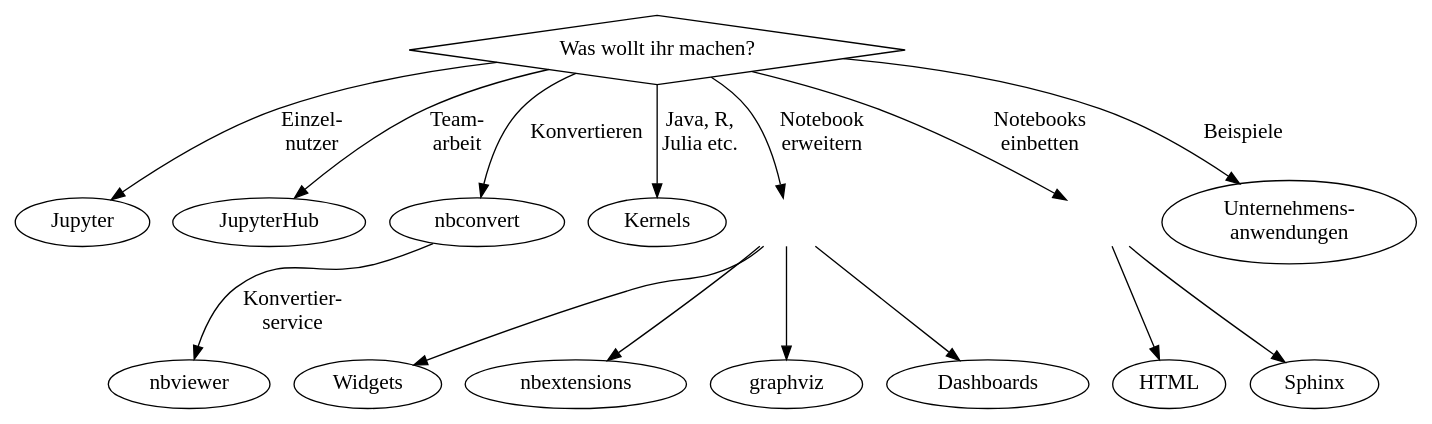
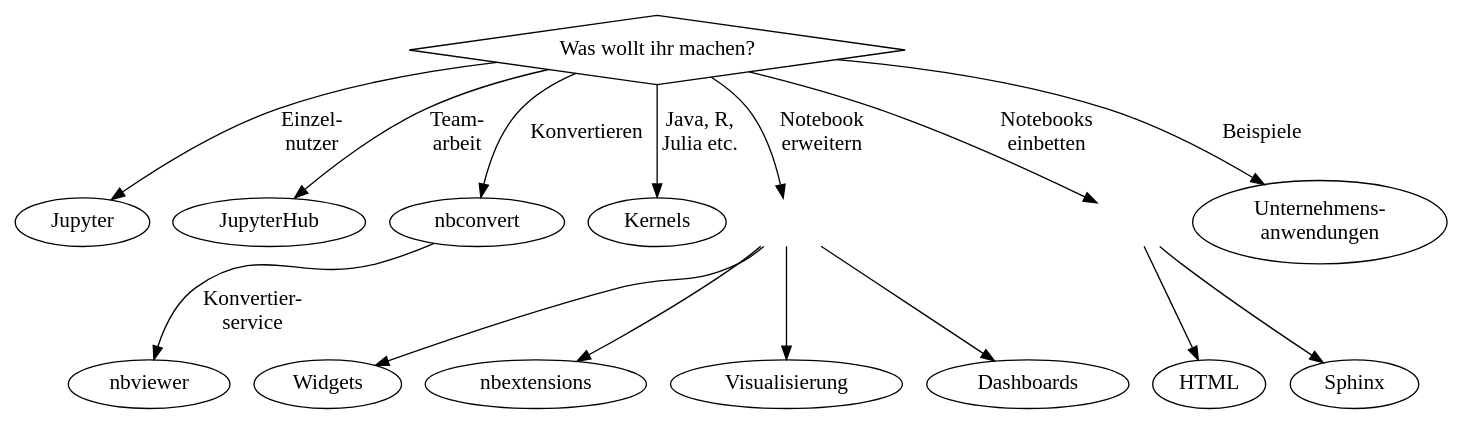
The diagram in docs/jupyter/index.rst (veit/jupyter-tutorial), drawn with Graphviz before and after one commit. The commit also changed other lines of this file and 2 other files, not shown here.

Commit message:
Move graphviz to visualisation chapter

```diff
--- a/docs/jupyter/index.rst
+++ b/docs/jupyter/index.rst
@@ -63,11 +63,11 @@
             tooltip="Installieren und Verwenden verschiedener Notebook-Erweiterungen",
             target="_top",
             href="../jupyter/nbextensions/index.html"]
-        graphviz [
-            label="graphviz",
-            tooltip="Visualisieren von Graphen",
+        viz [
+            label="Visualisierung",
+            tooltip="Bibliotheken zur Datenvisualisierung",
             target="_top",
-            href="../jupyter/graphviz.html"]
+            href="../viz/index.html"]
         dash [
             label="Dashboards",
             tooltip="Installieren und Verwenden von Dashboards",
@@ -92,11 +92,11 @@
         what -> extensions [label="Notebook\nerweitern"]
         what -> embed [label="Notebooks\neinbetten"]
         what -> examples [label="Beispiele"]
-        extensions -> {widgets extend graphviz dash}
+        extensions -> {widgets extend viz dash}
         embed -> {html sphinx}
         // Arrangement
         {rank = same; what;}
         {rank = same; jupyter; hub; nbconvert; kernels; extensions; embed; examples;}
-        {rank = same; widgets; extend; graphviz; dash;}
+        {rank = same; widgets; extend; viz; dash;}
         {rank = same; html; sphinx}
     }
```
